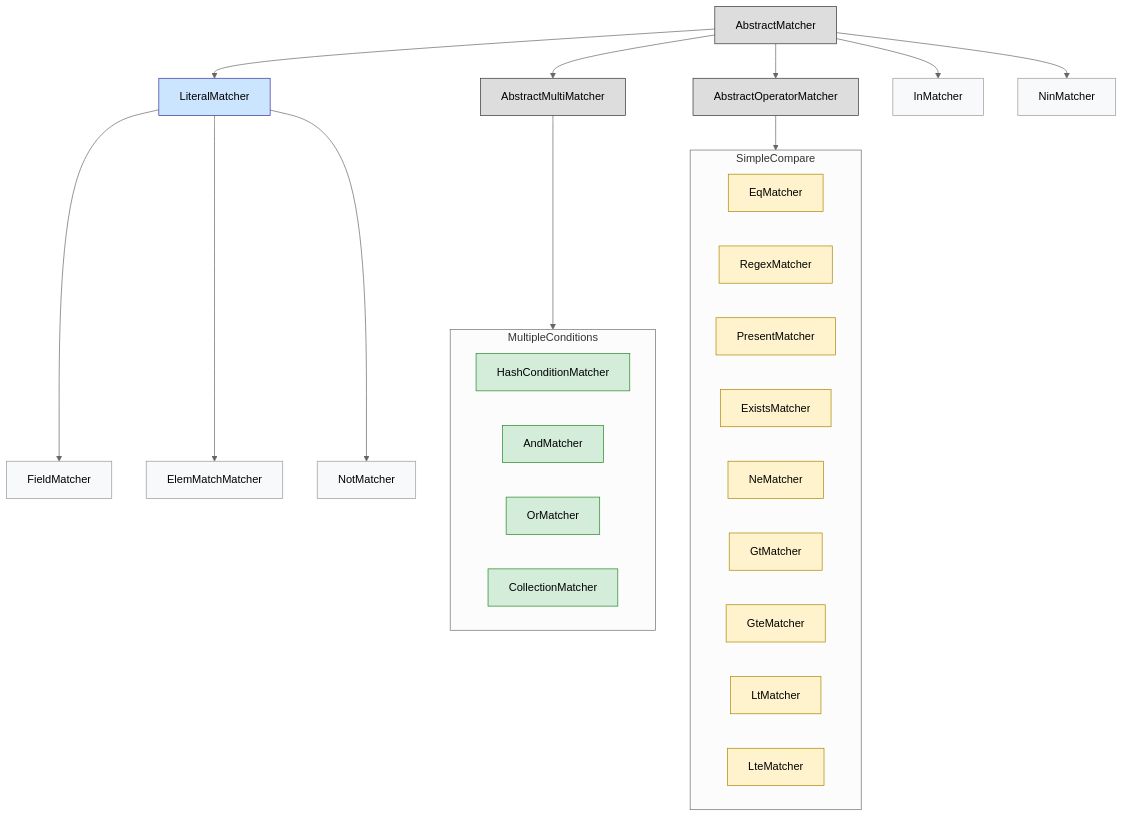
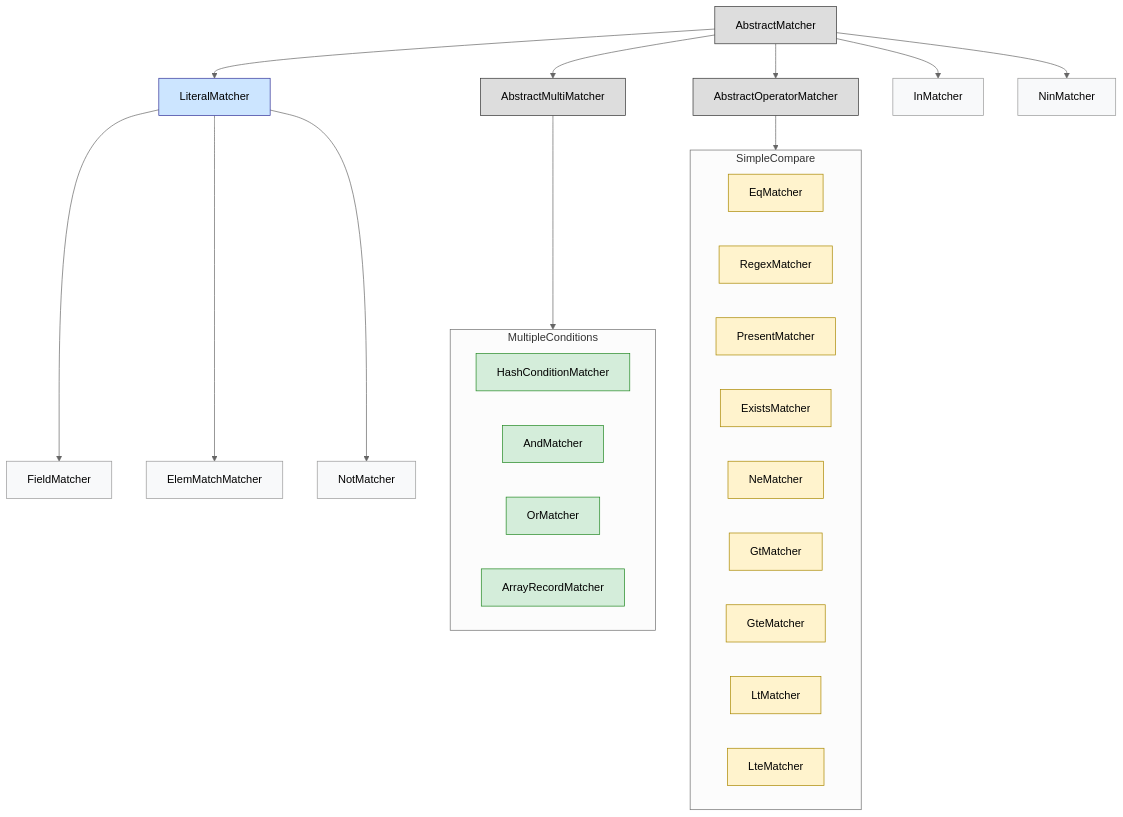
Before and after one commit to koten0224/mongory: the diagram in lib/mongory/matchers/README.md, drawn with Mermaid. The commit also changed 4 other files, not shown here.

Commit message:
refactor(collection_matcher): rename to array_record_matcher

````diff
--- a/lib/mongory/matchers/README.md
+++ b/lib/mongory/matchers/README.md
@@ -3,55 +3,55 @@
 ```mermaid
 ---
 config:
   theme: neutral
   look: classic
 ---
 
 graph TD
   %% style blocks
   classDef abstract fill:#ddd,stroke:#333,stroke-width:1px,color:#000;
   classDef main fill:#cce5ff,stroke:#339,stroke-width:1px;
   classDef multi fill:#d4edda,stroke:#282,stroke-width:1px;
   classDef operator fill:#fff3cd,stroke:#aa8800,stroke-width:1px;
   classDef leaf fill:#f8f9fa,stroke:#999,stroke-width:1px;
 
   %% Abstract base classes
   A[AbstractMatcher]
   C[AbstractMultiMatcher]
   D[AbstractOperatorMatcher]
 
   subgraph MultipleConditions
     F[HashConditionMatcher]
     I[AndMatcher]
     J[OrMatcher]
-    W[CollectionMatcher]
+    W[ArrayRecordMatcher]
   end
 
   subgraph SimpleCompare
     E[EqMatcher]
     K[RegexMatcher]
     L[PresentMatcher]
     M[ExistsMatcher]
     O[NeMatcher]
     Q[GtMatcher]
     R[GteMatcher]
     S[LtMatcher]
     T[LteMatcher]
   end
 
   A --> B[LiteralMatcher]
   A --> U[InMatcher]
   A --> V[NinMatcher]
   A --> C --> MultipleConditions
   A --> D --> SimpleCompare
   B --> G[FieldMatcher]
   B --> H[ElemMatchMatcher]
   B --> N[NotMatcher]
 
   %% Apply classes
   class A,C,D abstract;
   class B main;
   class F,I,J,W multi;
   class E,K,L,M,O,Q,R,S,T operator;
   class G,U,V,H,N leaf;
 ```
````
